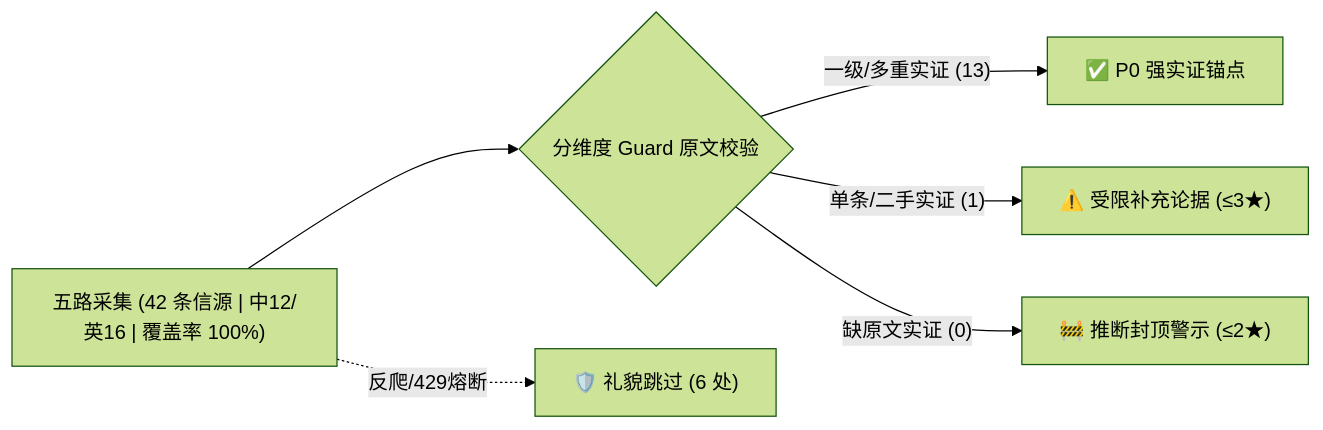
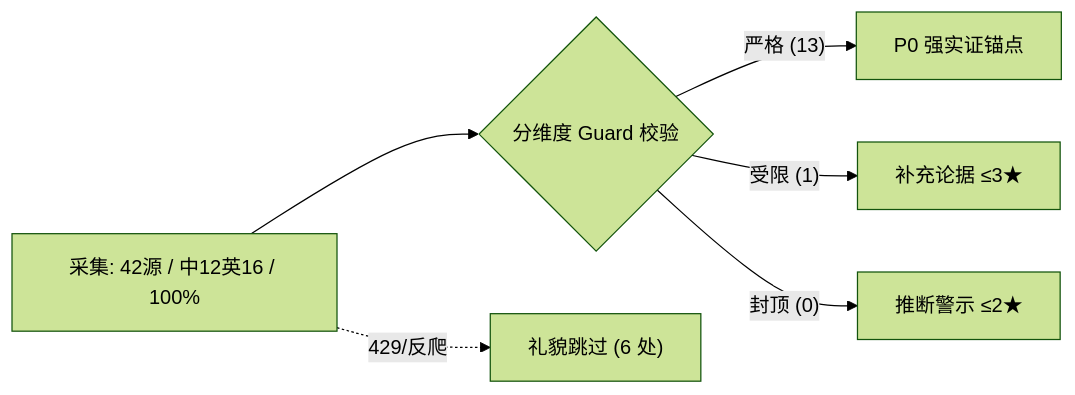
The second of 8 diagrams in reports/codex.md (az1615962561-crypto/ai-harness-analyzer), drawn with Mermaid (forest theme) before and after one commit. The commit also changed other lines of this file and 17 other files, not shown here.

Commit message:
Fix Mermaid xychart-beta layout: compact unquoted axis labels & Y-axis headroom

````diff
--- a/reports/codex.md
+++ b/reports/codex.md
@@ -74,8 +74,8 @@
 ```mermaid
 flowchart LR
-    Collect["五路采集 (42 条信源 | 中12/英16 | 覆盖率 100%)"] --> Guard{"分维度 Guard 原文校验"}
-    Guard -- "一级/多重实证 (13)" --> Core["✅ P0 强实证锚点"]
-    Guard -- "单条/二手实证 (1)" --> Mod["⚠️ 受限补充论据 (≤3★)"]
-    Guard -- "缺原文实证 (0)" --> Warn["🚧 推断封顶警示 (≤2★)"]
-    Collect -. "反爬/429熔断" .-> Blocked["🛡️ 礼貌跳过 (6 处)"]
+    Collect["采集: 42源 / 中12英16 / 100%"] --> Guard{"分维度 Guard 校验"}
+    Guard -- "严格 (13)" --> Core["P0 强实证锚点"]
+    Guard -- "受限 (1)" --> Mod["补充论据 ≤3★"]
+    Guard -- "封顶 (0)" --> Warn["推断警示 ≤2★"]
+    Collect -. "429/反爬" .-> Blocked["礼貌跳过 (6 处)"]
 ```
````
